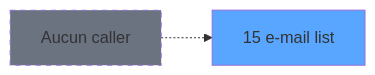
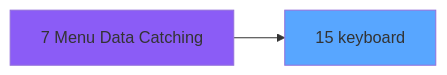
The second of 3 diagrams in .openspec/specs/ADH-IDE-15.md (thonyAGP/lecteur-magic), drawn with Mermaid before and after one commit. The commit also changed other lines of this file and 493 other files, not shown here.

````diff
--- a/.openspec/specs/ADH-IDE-15.md
+++ b/.openspec/specs/ADH-IDE-15.md
@@ -109,8 +922,8 @@
 ```mermaid
 graph LR
-    T15[15 e-mail list]
+    T15[15 keyboard]
     style T15 fill:#58a6ff
-    NONE[Aucun caller]
-    NONE -.-> T15
-    style NONE fill:#6b7280,stroke-dasharray: 5 5
+    CC7[7 Menu Data Catching]
+    style CC7 fill:#8b5cf6
+    CC7 --> T15
 ```
````
